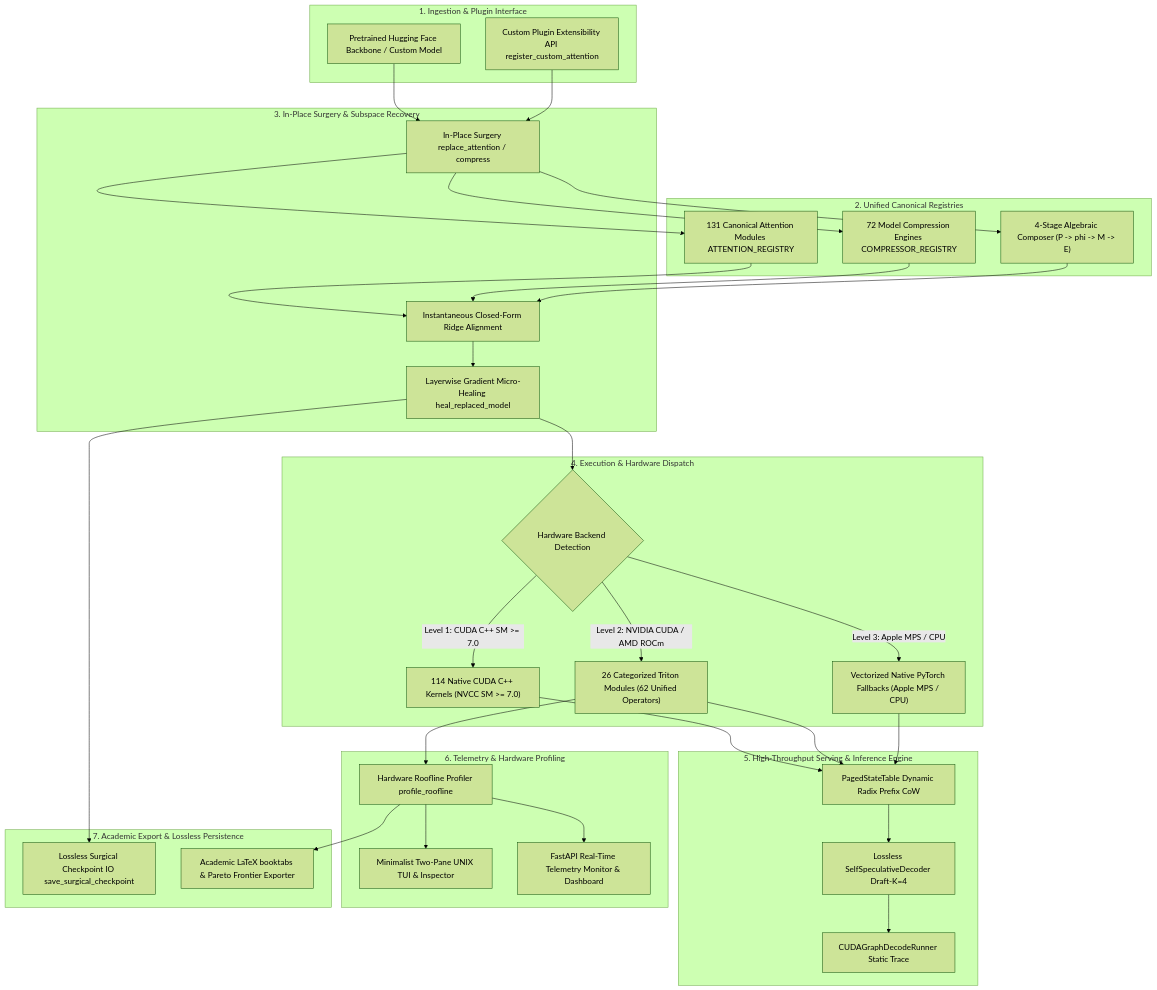
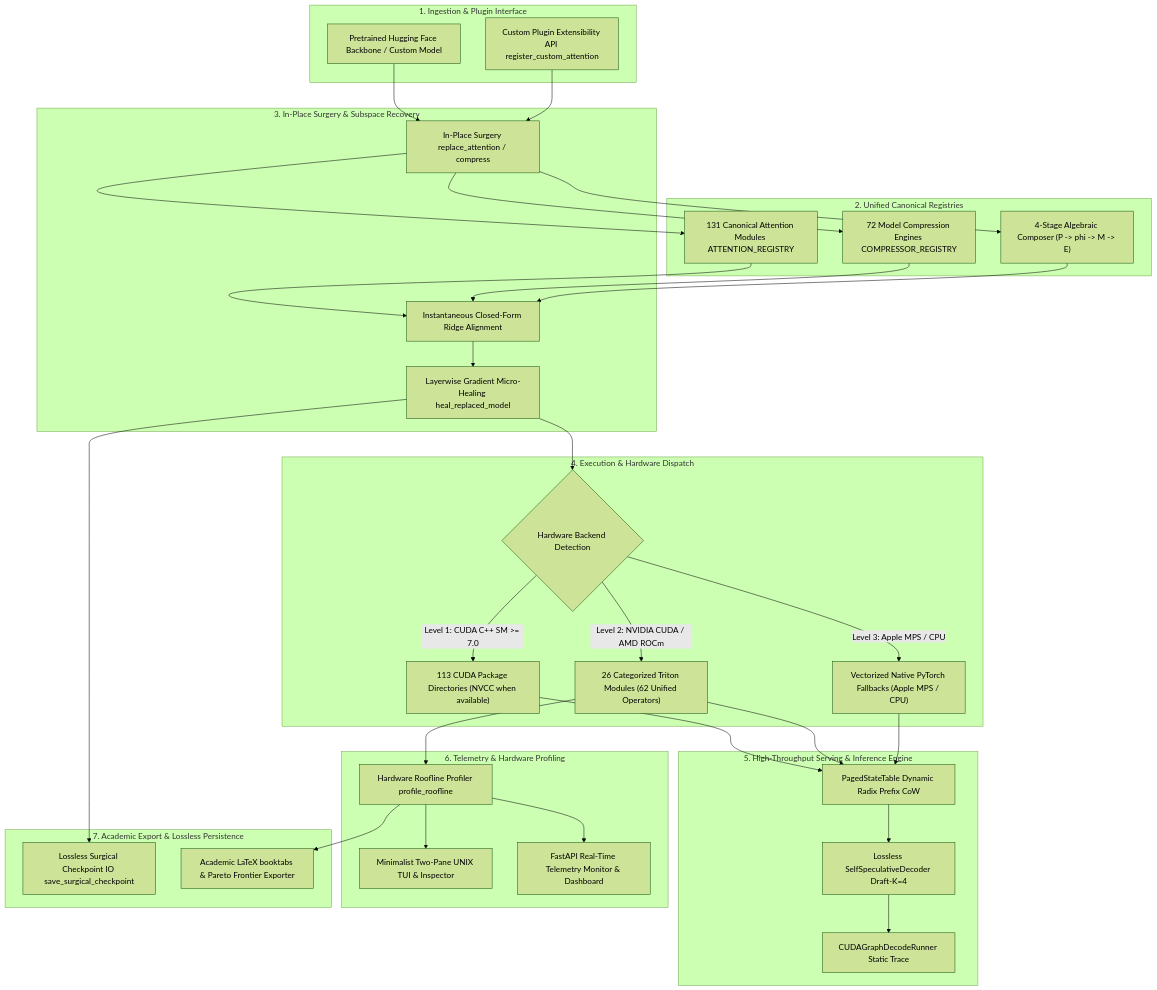
One commit to tahamajs/NeuralOps changed the second of 3 diagrams in README.md. Above: the diagram before and after it, drawn with Mermaid (forest theme). The commit also changed other lines of this file, not shown here.

````diff
--- a/README.md
+++ b/README.md
@@ -961,67 +960,67 @@
 ```mermaid
 flowchart TD
     subgraph Layer1 ["1. Ingestion & Plugin Interface"]
         HF["Pretrained Hugging Face Backbone / Custom Model"]
         Ext["Custom Plugin Extensibility API register_custom_attention"]
     end
 
     subgraph Layer2 ["2. Unified Canonical Registries"]
         AttnZoo["131 Canonical Attention Modules ATTENTION_REGISTRY"]
         CompEngines["72 Model Compression Engines COMPRESSOR_REGISTRY"]
         Composer["4-Stage Algebraic Composer (P -> phi -> M -> E)"]
     end
 
     subgraph Layer3 ["3. In-Place Surgery & Subspace Recovery"]
         Surgery["In-Place Surgery replace_attention / compress"]
         Ridge["Instantaneous Closed-Form Ridge Alignment"]
         MicroHeal["Layerwise Gradient Micro-Healing heal_replaced_model"]
     end
 
     subgraph Layer4 ["4. Execution & Hardware Dispatch"]
         BackendCheck{"Hardware Backend Detection"}
-        CUDACPP["114 Native CUDA C++ Kernels (NVCC SM >= 7.0)"]
+        CUDACPP["113 CUDA Package Directories (NVCC when available)"]
         Triton["26 Categorized Triton Modules (62 Unified Operators)"]
         Fallback["Vectorized Native PyTorch Fallbacks (Apple MPS / CPU)"]
     end
 
     subgraph Layer5 ["5. High-Throughput Serving & Inference Engine"]
         PagedState["PagedStateTable Dynamic Radix Prefix CoW"]
         SpecDecode["Lossless SelfSpeculativeDecoder Draft-K=4"]
         CUDAGraph["CUDAGraphDecodeRunner Static Trace"]
     end
 
     subgraph Layer6 ["6. Telemetry & Hardware Profiling"]
         Roofline["Hardware Roofline Profiler profile_roofline"]
         TUI["Minimalist Two-Pane UNIX TUI & Inspector"]
         WebMon["FastAPI Real-Time Telemetry Monitor & Dashboard"]
     end
 
     subgraph Layer7 ["7. Academic Export & Lossless Persistence"]
         SurgIO["Lossless Surgical Checkpoint IO save_surgical_checkpoint"]
         LaTeX["Academic LaTeX booktabs & Pareto Frontier Exporter"]
     end
 
     HF --> Surgery
     Ext --> Surgery
     Surgery --> AttnZoo
     Surgery --> CompEngines
     Surgery --> Composer
     AttnZoo --> Ridge
     CompEngines --> Ridge
     Composer --> Ridge
     Ridge --> MicroHeal
     MicroHeal --> BackendCheck
     BackendCheck -- "Level 1: CUDA C++ SM >= 7.0" --> CUDACPP
     BackendCheck -- "Level 2: NVIDIA CUDA / AMD ROCm" --> Triton
     BackendCheck -- "Level 3: Apple MPS / CPU" --> Fallback
     CUDACPP --> PagedState
     Triton --> PagedState
     Fallback --> PagedState
     PagedState --> SpecDecode
     SpecDecode --> CUDAGraph
     Triton --> Roofline
     Roofline --> TUI
     Roofline --> WebMon
     MicroHeal --> SurgIO
     Roofline --> LaTeX
 ```
````
